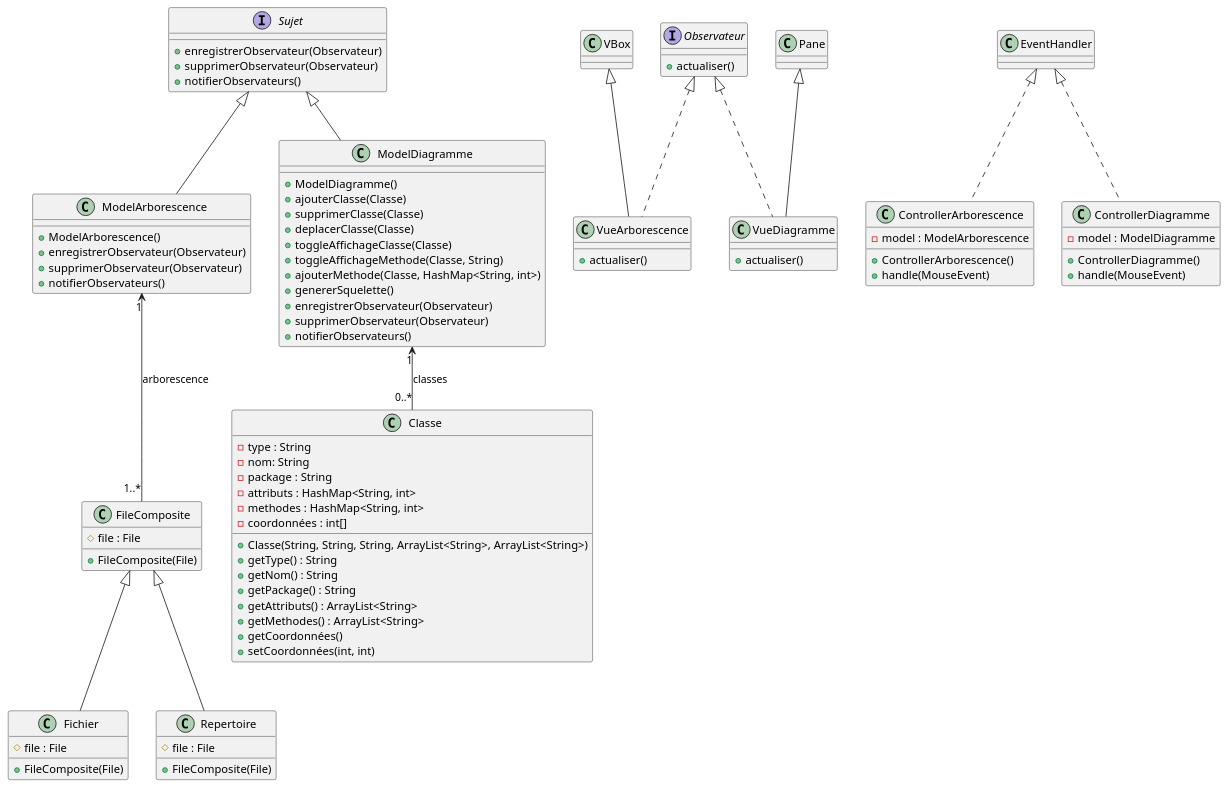
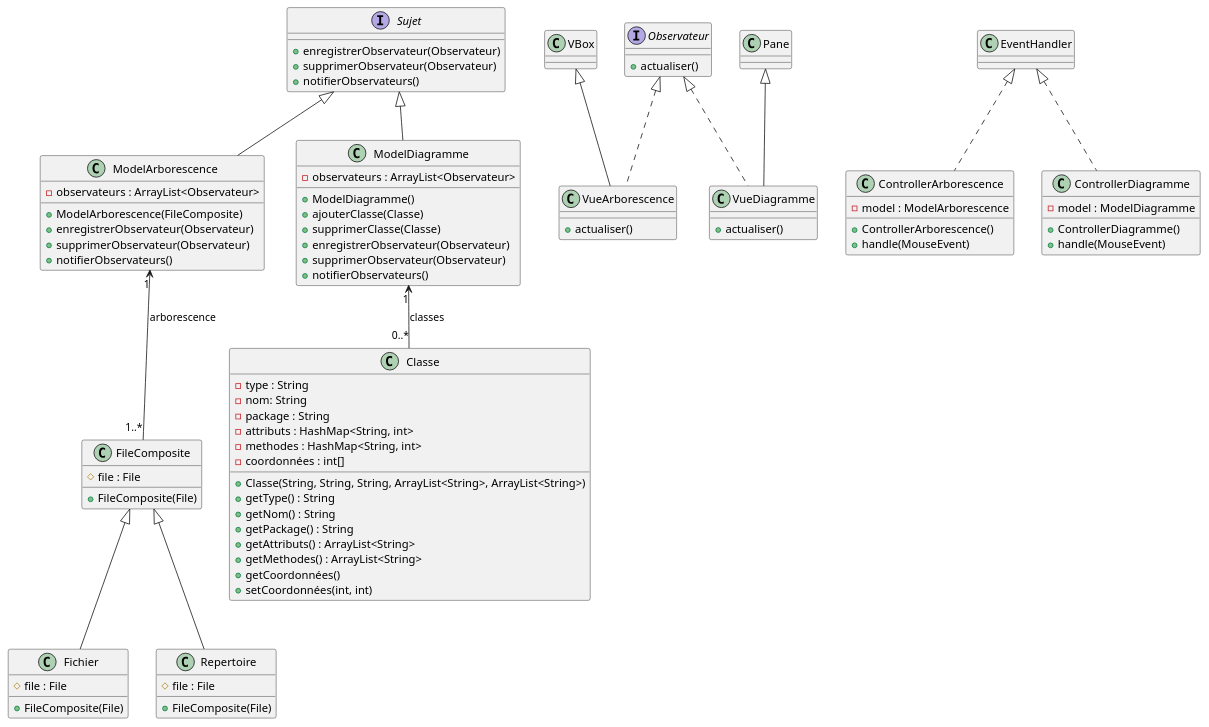
The diagram in Documents/Iteration1/DiagrammeDeClasse.puml (ByZorks/SAE-3.01), drawn with PlantUML before and after one commit.

Commit message:
màj diag de classe

```diff
--- a/Documents/Iteration1/DiagrammeDeClasse.puml
+++ b/Documents/Iteration1/DiagrammeDeClasse.puml
@@ -1,102 +1,99 @@
 @startuml
 interface Sujet {
     + enregistrerObservateur(Observateur)
     + supprimerObservateur(Observateur)
     + notifierObservateurs()
 }
 
 interface Observateur {
     + actualiser()
 }
 
 class VueArborescence {
     + actualiser()
 }
 
 class VueDiagramme {
     + actualiser()
 }
 
 class ModelArborescence {
-    + ModelArborescence()
+    - observateurs : ArrayList<Observateur>
+    + ModelArborescence(FileComposite)
     + enregistrerObservateur(Observateur)
     + supprimerObservateur(Observateur)
     + notifierObservateurs()
 }
 
 class ModelDiagramme {
+    - observateurs : ArrayList<Observateur>
     + ModelDiagramme()
     + ajouterClasse(Classe)
     + supprimerClasse(Classe)
-    + deplacerClasse(Classe)
-    + toggleAffichageClasse(Classe)
-    + toggleAffichageMethode(Classe, String)
-    + ajouterMethode(Classe, HashMap<String, int>)
-    + genererSquelette()
     + enregistrerObservateur(Observateur)
     + supprimerObservateur(Observateur)
     + notifierObservateurs()
 }
 
 class ControllerArborescence {
     - model : ModelArborescence
     + ControllerArborescence()
     + handle(MouseEvent)
 }
 
 class ControllerDiagramme {
     - model : ModelDiagramme
     + ControllerDiagramme()
     + handle(MouseEvent)
 }
 
 class FileComposite {
     # file : File
     + FileComposite(File)
 }
 
 class Fichier {
     # file : File
     + FileComposite(File)
 }
 
 class Repertoire {
     # file : File
     + FileComposite(File)
 }
 
 class Classe {
     - type : String
     - nom: String
     - package : String
     - attributs : HashMap<String, int>
     - methodes : HashMap<String, int>
     - coordonnées : int[]
     + Classe(String, String, String, ArrayList<String>, ArrayList<String>)
     + getType() : String
     + getNom() : String
     + getPackage() : String
     + getAttributs() : ArrayList<String>
     + getMethodes() : ArrayList<String>
     + getCoordonnées()
     + setCoordonnées(int, int)
 }
 
 Sujet <|-- ModelArborescence
 Sujet <|-- ModelDiagramme
 
 Observateur <|.. VueArborescence
 Observateur <|.. VueDiagramme
 
 VBox <|-- VueArborescence
 Pane <|-- VueDiagramme
 
 FileComposite <|-- Fichier
 FileComposite <|-- Repertoire
 
 ModelDiagramme "1" <-- "0..*" Classe : classes
 ModelArborescence "1" <-- "1..*" FileComposite : arborescence
 
 EventHandler <|.. ControllerArborescence
 EventHandler <|.. ControllerDiagramme
 @enduml
```
